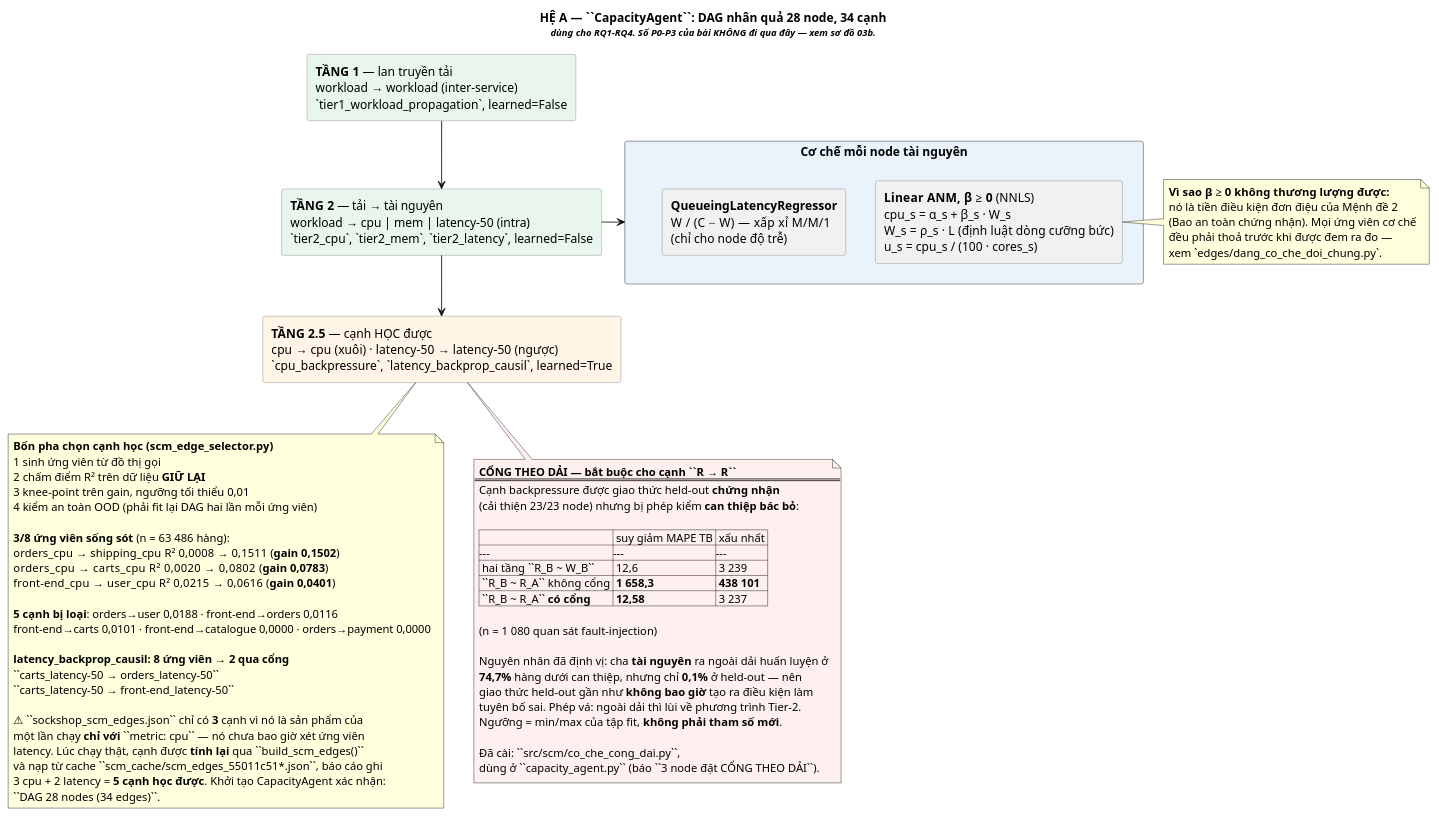
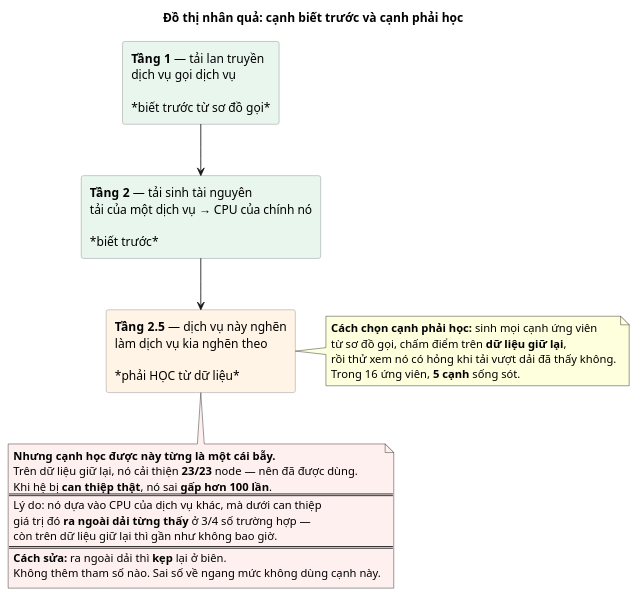
Before and after one commit to kkyaha/NCKH: the diagram in papers/p1_du_phong/docs/figures/puml/20_he_A_ba_tang.puml, drawn with PlantUML. The commit also changed 20 other files, not shown here.

Commit message:
feat: add RQ3 LLM parser benchmark report, LaTeX tables, and PlantUML diagrams for p1_du_phong

```diff
--- a/papers/p1_du_phong/docs/figures/puml/20_he_A_ba_tang.puml
+++ b/papers/p1_du_phong/docs/figures/puml/20_he_A_ba_tang.puml
@@ -1,81 +1,36 @@
 @startuml
-' MOTA: HỆ A — DAG 28 node của CapacityAgent (RQ1–RQ4). KHÔNG phải nơi sinh số P0–P3.
+' MOTA: Khối 2 — ba tầng đồ thị nhân quả, và cạnh duy nhất phải học từ dữ liệu
 skinparam defaultFontName Helvetica
 skinparam shadowing false
-title HỆ A — ``CapacityAgent``: DAG nhân quả 28 node, **34 cạnh**\n<size:11><i>dùng cho RQ1–RQ4. Số P0–P3 của bài KHÔNG đi qua đây — xem sơ đồ 03b.</i></size>
-
 skinparam rectangle {
   BorderColor #888888
 }
-rectangle "**TẦNG 1** — lan truyền tải\nworkload → workload (inter-service)\n`tier1_workload_propagation`, learned=False" as T1 #E8F6EE
-rectangle "**TẦNG 2** — tải → tài nguyên\nworkload → cpu | mem | latency-50 (intra)\n`tier2_cpu`, `tier2_mem`, `tier2_latency`, learned=False" as T2 #E8F6EE
-rectangle "**TẦNG 2.5** — cạnh HỌC được\ncpu → cpu (xuôi)  ·  latency-50 → latency-50 (ngược)\n`cpu_backpressure`, `latency_backprop_causil`, learned=True" as T25 #FFF4E5
+title Đồ thị nhân quả: cạnh **biết trước** và cạnh **phải học**
+
+rectangle "**Tầng 1** — tải lan truyền\ndịch vụ gọi dịch vụ\n\n*biết trước từ sơ đồ gọi*" as T1 #E8F6EE
+rectangle "**Tầng 2** — tải sinh tài nguyên\ntải của một dịch vụ → CPU của chính nó\n\n*biết trước*" as T2 #E8F6EE
+rectangle "**Tầng 2.5** — dịch vụ này nghẽn\nlàm dịch vụ kia nghẽn theo\n\n*phải HỌC từ dữ liệu*" as T25 #FFF4E5
 
 T1 -down-> T2
 T2 -down-> T25
 
-rectangle "Cơ chế mỗi node tài nguyên" as M #EAF3FB {
-  rectangle "**Linear ANM, β ≥ 0** (NNLS)\ncpu_s = α_s + β_s · W_s\nW_s = ρ_s · L  (định luật dòng cưỡng bức)\nu_s = cpu_s / (100 · cores_s)" as ANM
-  rectangle "**QueueingLatencyRegressor**\nW / (C − W)  — xấp xỉ M/M/1\n(chỉ cho node độ trễ)" as Q
-}
-T2 -right-> M
-
-note bottom of T25
-  **Bốn pha chọn cạnh học (scm_edge_selector.py)**
-  1 sinh ứng viên từ đồ thị gọi
-  2 chấm điểm R² trên dữ liệu **GIỮ LẠI**
-  3 knee-point trên gain, ngưỡng tối thiểu 0,01
-  4 kiểm an toàn OOD (phải fit lại DAG hai lần mỗi ứng viên)
-
-  **3/8 ứng viên sống sót** (n = 63 486 hàng):
-  orders_cpu → shipping_cpu   R² 0,0008 → 0,1511  (**gain 0,1502**)
-  orders_cpu → carts_cpu      R² 0,0020 → 0,0802  (**gain 0,0783**)
-  front-end_cpu → user_cpu    R² 0,0215 → 0,0616  (**gain 0,0401**)
-
-  **5 cạnh bị loại**: orders→user 0,0188 · front-end→orders 0,0116
-  front-end→carts 0,0101 · front-end→catalogue 0,0000 · orders→payment 0,0000
-
-  **latency_backprop_causil: 8 ứng viên → 2 qua cổng**
-  ``carts_latency-50 → orders_latency-50``
-  ``carts_latency-50 → front-end_latency-50``
-
-  ⚠ ``sockshop_scm_edges.json`` chỉ có **3** cạnh vì nó là sản phẩm của
-  một lần chạy **chỉ với** ``metric: cpu`` — nó chưa bao giờ xét ứng viên
-  latency. Lúc chạy thật, cạnh được **tính lại** qua ``build_scm_edges()``
-  và nạp từ cache ``scm_cache/scm_edges_55011c51*.json``, báo cáo ghi
-  3 cpu + 2 latency = **5 cạnh học được**. Khởi tạo CapacityAgent xác nhận:
-  ``DAG 28 nodes (34 edges)``.
+note right of T25
+  **Cách chọn cạnh phải học:** sinh mọi cạnh ứng viên
+  từ sơ đồ gọi, chấm điểm trên **dữ liệu giữ lại**,
+  rồi thử xem nó có hỏng khi tải vượt dải đã thấy không.
+  Trong 16 ứng viên, **5 cạnh** sống sót.
 end note
 
 note bottom of T25 #FFF0F0
-  **CỔNG THEO DẢI — bắt buộc cho cạnh ``R → R``**
+  **Nhưng cạnh học được này từng là một cái bẫy.**
+  Trên dữ liệu giữ lại, nó cải thiện **23/23** node — nên đã được dùng.
+  Khi hệ bị **can thiệp thật**, nó sai **gấp hơn 100 lần**.
   ====
-  Cạnh backpressure được giao thức held-out **chứng nhận**
-  (cải thiện 23/23 node) nhưng bị phép kiểm **can thiệp bác bỏ**:
-
-  | | suy giảm MAPE TB | xấu nhất |
-  |---|---|---|
-  | hai tầng ``R_B ~ W_B`` | 12,6 | 3 239 |
-  | ``R_B ~ R_A`` không cổng | **1 658,3** | **438 101** |
-  | ``R_B ~ R_A`` **có cổng** | **12,58** | 3 237 |
-
-  (n = 1 080 quan sát fault-injection)
-
-  Nguyên nhân đã định vị: cha **tài nguyên** ra ngoài dải huấn luyện ở
-  **74,7%** hàng dưới can thiệp, nhưng chỉ **0,1%** ở held-out — nên
-  giao thức held-out gần như **không bao giờ** tạo ra điều kiện làm
-  tuyên bố sai. Phép vá: ngoài dải thì lùi về phương trình Tier-2.
-  Ngưỡng = min/max của tập fit, **không phải tham số mới**.
-
-  Đã cài: ``src/scm/co_che_cong_dai.py``,
-  dùng ở ``capacity_agent.py`` (báo ``3 node đặt CỔNG THEO DẢI``).
-end note
-
-note right of ANM
-  **Vì sao β ≥ 0 không thương lượng được:**
-  nó là tiền điều kiện đơn điệu của Mệnh đề 2
-  (Bao an toàn chứng nhận). Mọi ứng viên cơ chế
-  đều phải thoả trước khi được đem ra đo —
-  xem `edges/dang_co_che_doi_chung.py`.
+  Lý do: nó dựa vào CPU của dịch vụ khác, mà dưới can thiệp
+  giá trị đó **ra ngoài dải từng thấy** ở 3/4 số trường hợp —
+  còn trên dữ liệu giữ lại thì gần như không bao giờ.
+  ====
+  **Cách sửa:** ra ngoài dải thì **kẹp** lại ở biên.
+  Không thêm tham số nào. Sai số về ngang mức không dùng cạnh này.
 end note
 @enduml
```
